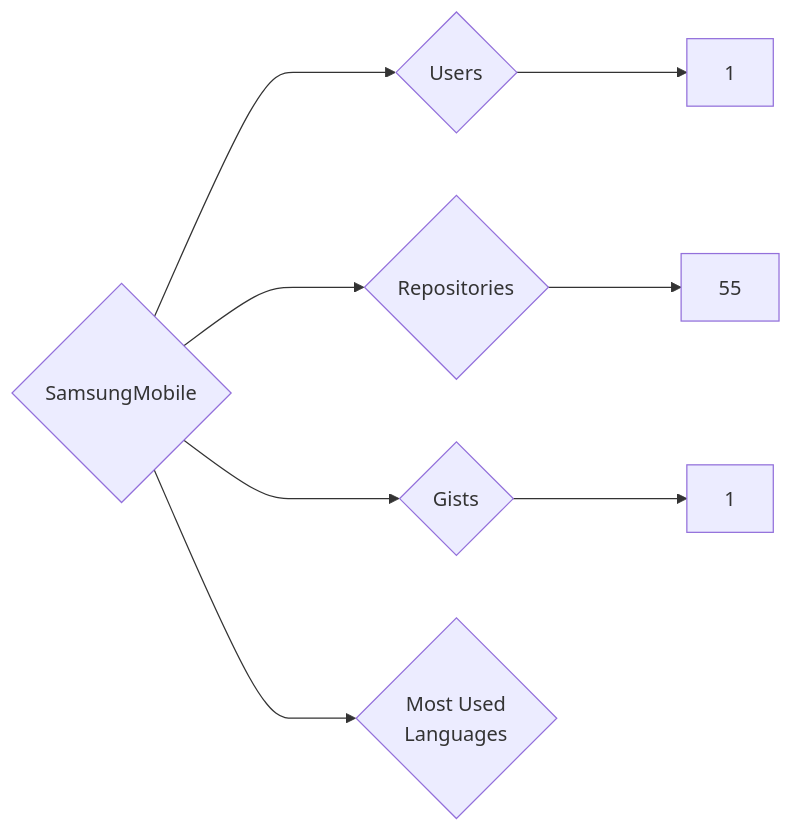
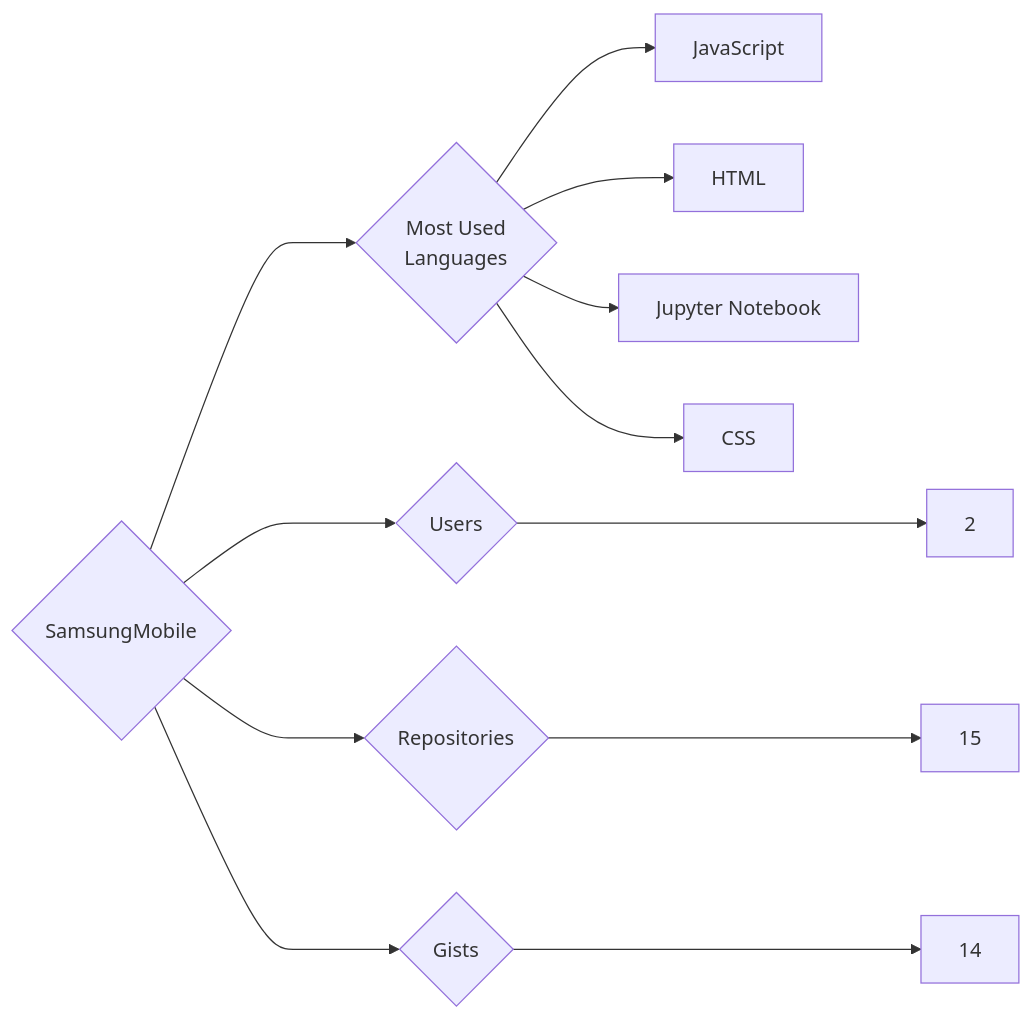
One commit to trickest/insiders changed the diagram in targets/SamsungMobile/README.md. Above: the diagram before and after it, drawn with Mermaid. The commit also changed 1496 other files, not shown here.

````diff
--- a/targets/SamsungMobile/README.md
+++ b/targets/SamsungMobile/README.md
@@ -3,8 +3,12 @@
 ```mermaid
 graph LR
 COMPANY_NAME{SamsungMobile}
-COMPANY_NAME ---> U{Users} ---> UN[1]
-COMPANY_NAME ---> R{Repositories} ---> RN[55]
-COMPANY_NAME ---> G{Gists} ---> GN[1]
+COMPANY_NAME ---> U{Users} ---> UN[2]
+COMPANY_NAME ---> R{Repositories} ---> RN[15]
+COMPANY_NAME ---> G{Gists} ---> GN[14]
 COMPANY_NAME ---> ML{Most Used<br>Languages}
+ML --> JavaScript[JavaScript]
+ML --> HTML[HTML]
+ML --> Jupyter_Notebook[Jupyter Notebook]
+ML --> CSS[CSS]
 ```
````
